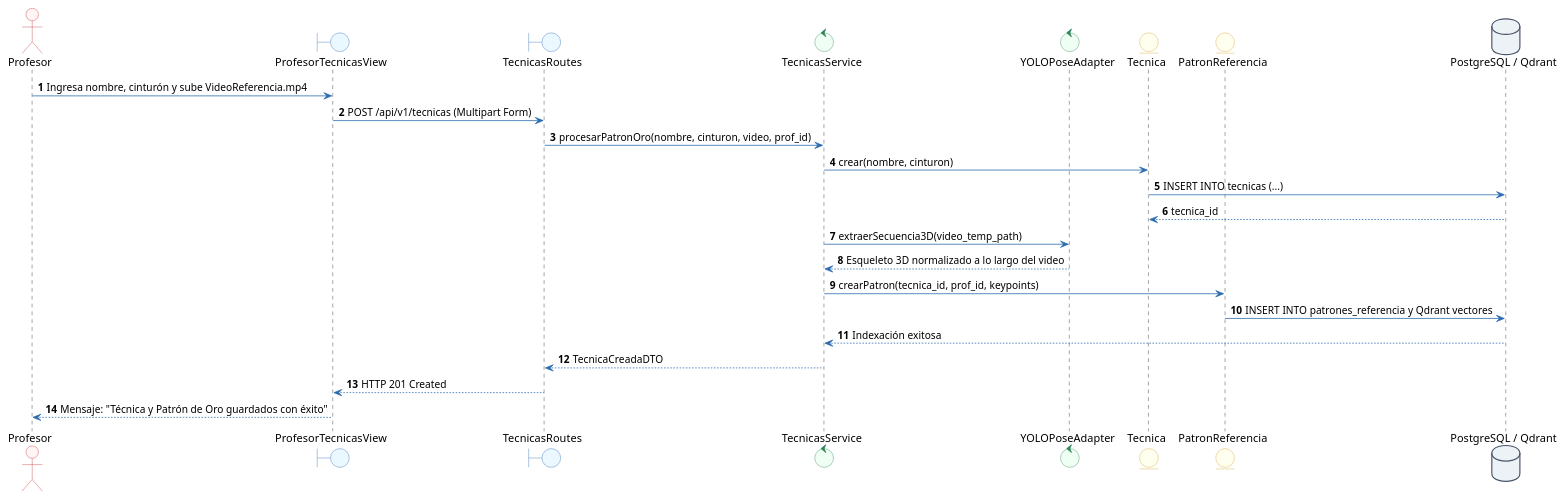
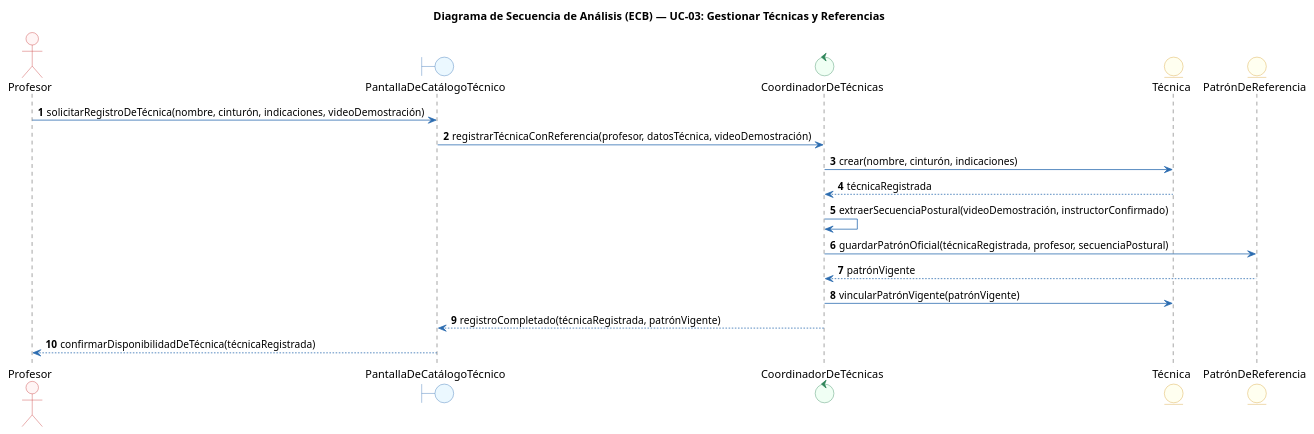
Before and after one commit to Tsmrain/JiuJitsu: diagram 12 of 37 in docs/ProyectoGrado.md, drawn with PlantUML. The commit also changed other lines of this file and 17 other files, not shown here.

Commit message:
refactor(cap5): aplicacion estricta de patron ECB y separacion analisis/diseno en Capitulo V

````diff
--- a/docs/ProyectoGrado.md
+++ b/docs/ProyectoGrado.md
@@ -1789,52 +1741,38 @@
 ```plantuml
 @startuml
+title Diagrama de Secuencia de Análisis (ECB) — UC-03: Gestionar Técnicas y Referencias
 autonumber
-
 skinparam shadowing false
 skinparam monochrome false
 skinparam defaultFontName Arial
 skinparam roundcorner 6
 skinparam ArrowColor #2B6CB0
 skinparam ActorBorderColor #C53030
 skinparam ActorBackgroundColor #FFF5F5
 skinparam BoundaryBorderColor #2B6CB0
 skinparam BoundaryBackgroundColor #EBF8FF
 skinparam ControlBorderColor #2F855A
 skinparam ControlBackgroundColor #F0FFF4
 skinparam EntityBorderColor #D69E2E
 skinparam EntityBackgroundColor #FFFFF0
-skinparam DatabaseBorderColor #4A5568
-skinparam DatabaseBackgroundColor #EDF2F7
 skinparam UsecaseBorderColor #2B6CB0
 skinparam UsecaseBackgroundColor #F7FAFC
 
+actor "Profesor" as PR
+boundary "PantallaDeCatálogoTécnico" as B1
+control "CoordinadorDeTécnicas" as C1
+entity "Técnica" as E1
+entity "PatrónDeReferencia" as E2
 
-actor "Profesor" as Prof
-boundary "ProfesorTecnicasView" as View
-boundary "TecnicasRoutes" as API
-control "TecnicasService" as Svc
-control "YOLOPoseAdapter" as YOLO
-entity "Tecnica" as EntTec
-entity "PatronReferencia" as EntPat
-database "PostgreSQL / Qdrant" as DB
-
-Prof -> View : Ingresa nombre, cinturón y sube VideoReferencia.mp4
-View -> API : POST /api/v1/tecnicas (Multipart Form)
-API -> Svc : procesarPatronOro(nombre, cinturon, video, prof_id)
-
-Svc -> EntTec : crear(nombre, cinturon)
-EntTec -> DB : INSERT INTO tecnicas (...)
-DB --> EntTec : tecnica_id
-
-Svc -> YOLO : extraerSecuencia3D(video_temp_path)
-YOLO --> Svc : Esqueleto 3D normalizado a lo largo del video
-
-Svc -> EntPat : crearPatron(tecnica_id, prof_id, keypoints)
-EntPat -> DB : INSERT INTO patrones_referencia y Qdrant vectores
-DB --> Svc : Indexación exitosa
-
-Svc --> API : TecnicaCreadaDTO
-API --> View : HTTP 201 Created
-View --> Prof : Mensaje: "Técnica y Patrón de Oro guardados con éxito"
+PR -> B1 : solicitarRegistroDeTécnica(nombre, cinturón, indicaciones, videoDemostración)
+B1 -> C1 : registrarTécnicaConReferencia(profesor, datosTécnica, videoDemostración)
+C1 -> E1 : crear(nombre, cinturón, indicaciones)
+E1 --> C1 : técnicaRegistrada
+C1 -> C1 : extraerSecuenciaPostural(videoDemostración, instructorConfirmado)
+C1 -> E2 : guardarPatrónOficial(técnicaRegistrada, profesor, secuenciaPostural)
+E2 --> C1 : patrónVigente
+C1 -> E1 : vincularPatrónVigente(patrónVigente)
+C1 --> B1 : registroCompletado(técnicaRegistrada, patrónVigente)
+B1 --> PR : confirmarDisponibilidadDeTécnica(técnicaRegistrada)
 @enduml
 ```
````
